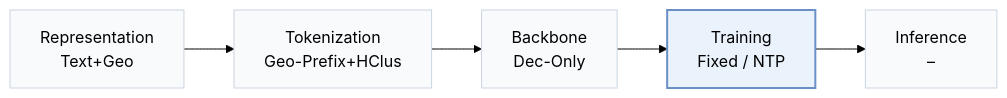
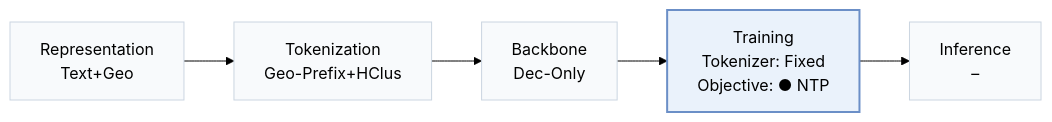
Before and after one commit to Galaxy-ghost/Awesome-SID-Generative-Rec: the first of 2 diagrams in pages/papers/aware.md, drawn with Mermaid (forest theme). The commit also changed other lines of this file and 558 other files, not shown here.

````diff
--- a/pages/papers/aware.md
+++ b/pages/papers/aware.md
@@ -15,8 +19,8 @@
 ```mermaid
 flowchart LR
-    R["Representation<br/>Text+Geo"] --> T["Tokenization<br/>Geo-Prefix+HClus"] --> B["Backbone<br/>Dec-Only"] --> TR["Training<br/>Fixed / NTP"] --> I["Inference<br/>–"]
+    R["Representation<br/>Text+Geo"] --> T["Tokenization<br/>Geo-Prefix+HClus"] --> B["Backbone<br/>Dec-Only"] --> TR["Training<br/>Tokenizer: Fixed<br/>Objective: ● NTP"] --> I["Inference<br/>–"]
     classDef base fill:#f8fafc,stroke:#cbd5e1
     class R,T,B,TR,I base
     classDef main fill:#eaf2fb,stroke:#6b8fc7,stroke-width:2px
     class TR main
 ```
````
